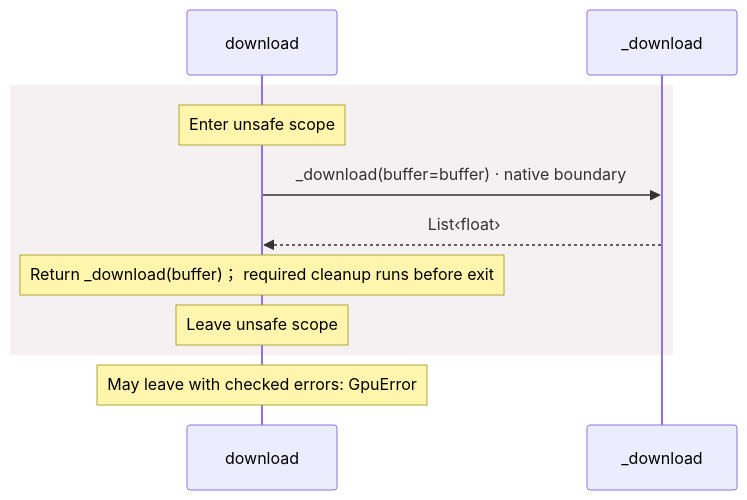
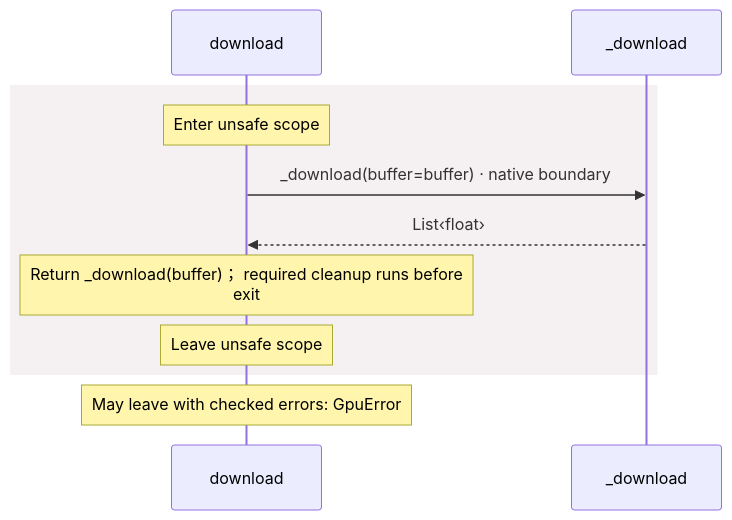
Before and after one commit to GreenPandaStudios/augscript: the fifth of 5 diagrams in docs/examples/native-gpu/dependencies/packages/@greenpandastudios/aug-gpu/0.1.1/api-diagrams.md, drawn with Mermaid. The commit also changed other lines of this file and 200 other files, not shown here.

Commit message:
Group imported operations and wrap readable sequence messages

````diff
--- a/docs/examples/native-gpu/dependencies/packages/@greenpandastudios/aug-gpu/0.1.1/api-diagrams.md
+++ b/docs/examples/native-gpu/dependencies/packages/@greenpandastudios/aug-gpu/0.1.1/api-diagrams.md
@@ -148,13 +148,13 @@
 ```mermaid
 sequenceDiagram
     participant p0 as download
     participant p1 as _download
     rect rgb(245, 240, 241)
     Note over p0: Enter unsafe scope
     p0->>p1: _download(buffer=buffer) · native boundary
     p1-->>p0: List‹float›
-    Note over p0: Return _download(buffer)； required cleanup runs before exit
+    Note over p0: Return _download(buffer)； required cleanup runs before<br/>exit
     Note over p0: Leave unsafe scope
     end
     Note over p0: May leave with checked errors: GpuError
 ```
````
